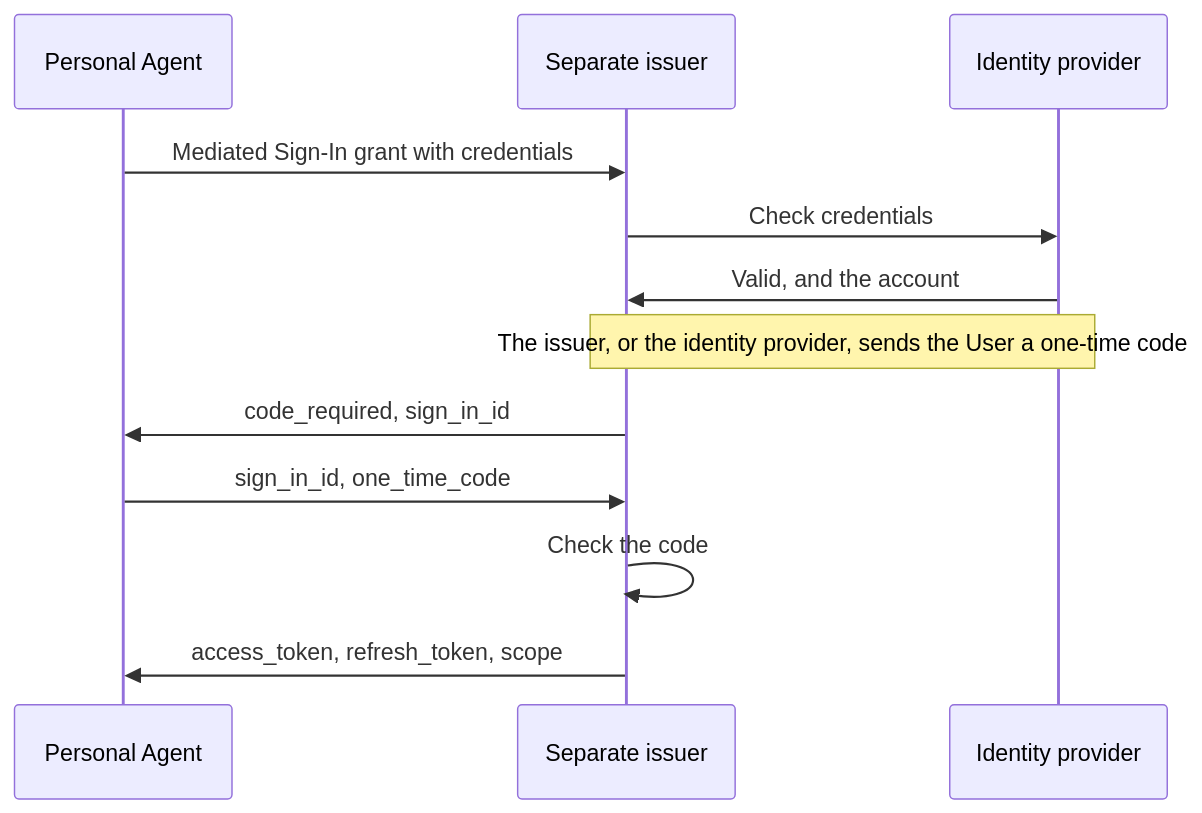
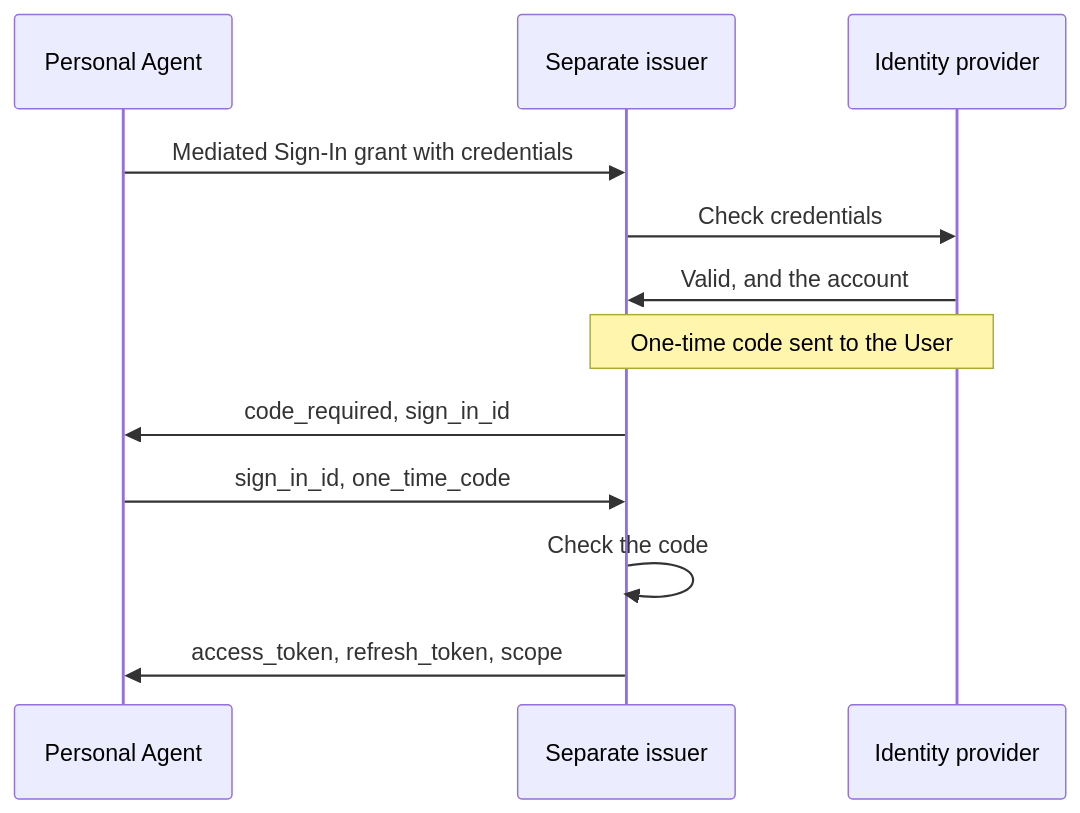
Before and after one commit to gaokevin1/personal-agent-protocol: the sixth of 7 diagrams in kit/company/patterns/identity-provider.md, drawn with Mermaid. The commit also changed 1 other file, not shown here.

Commit message:
Shorten the one-time code note in the Mediated Sign-In diagram

````diff
--- a/kit/company/patterns/identity-provider.md
+++ b/kit/company/patterns/identity-provider.md
@@ -153,14 +153,14 @@
 ```mermaid
 sequenceDiagram
   participant PA as Personal Agent
   participant AS as Separate issuer
   participant IdP as Identity provider
   PA->>AS: Mediated Sign-In grant with credentials
   AS->>IdP: Check credentials
   IdP->>AS: Valid, and the account
-  Note over AS,IdP: The issuer, or the identity provider, sends the User a one-time code
+  Note over AS,IdP: One-time code sent to the User
   AS->>PA: code_required, sign_in_id
   PA->>AS: sign_in_id, one_time_code
   AS->>AS: Check the code
   AS->>PA: access_token, refresh_token, scope
 ```
````
